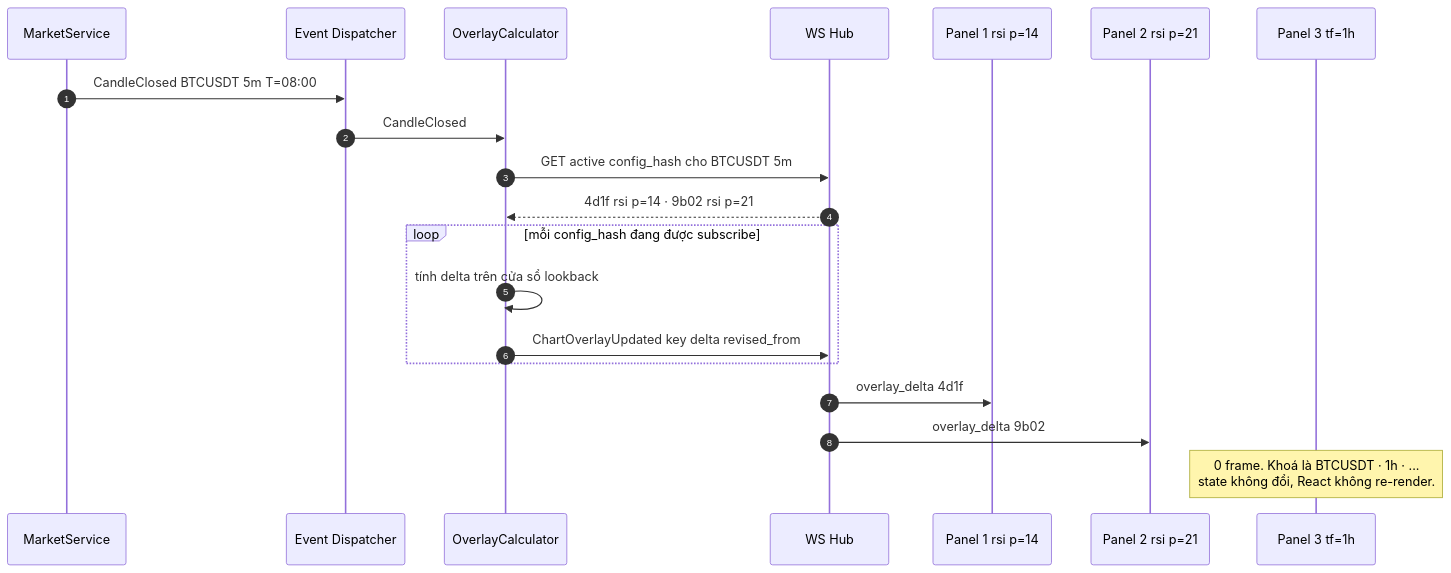
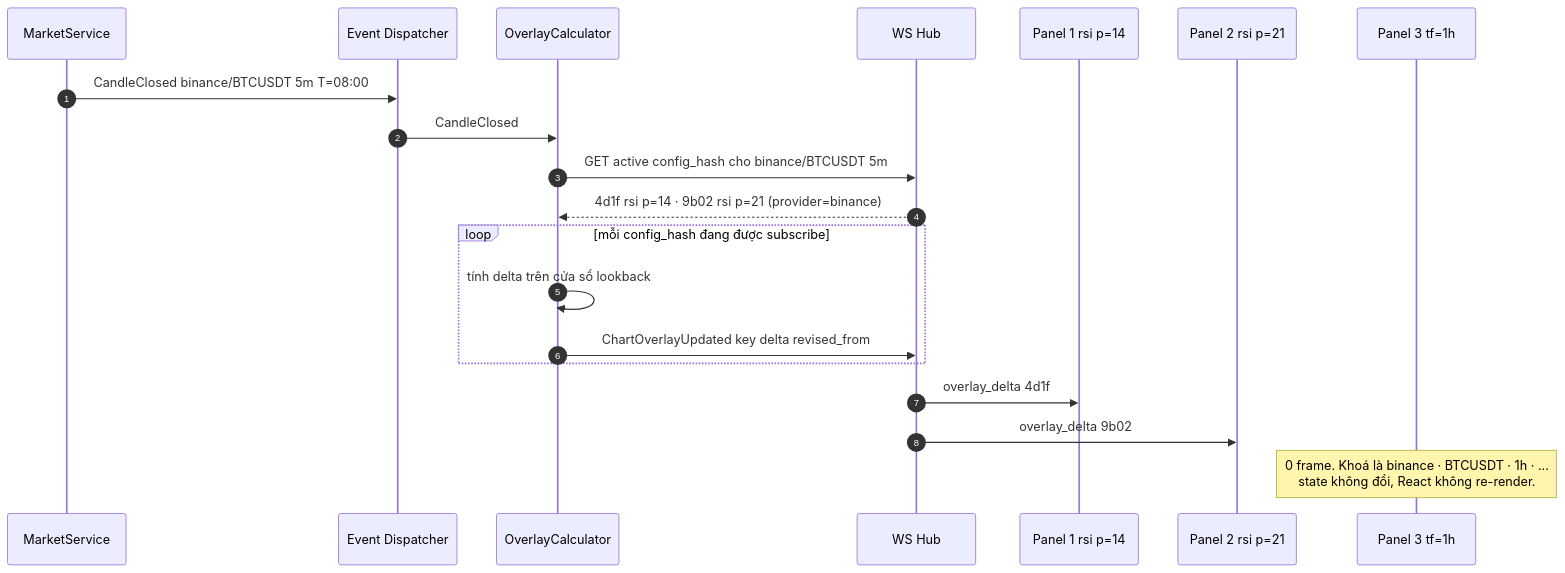
Before and after one commit to EnsoTech-Studio/CryptoBot: the second of 2 diagrams in blueprint/specs/chart-overlay.md, drawn with Mermaid. The commit also changed other lines of this file and 59 other files, not shown here.

Commit message:
update(blueprint): finalize architecture contracts

````diff
--- a/blueprint/specs/chart-overlay.md
+++ b/blueprint/specs/chart-overlay.md
@@ -218,23 +220,23 @@
 ```mermaid
 sequenceDiagram
     autonumber
     participant MS as MarketService
     participant EV as Event Dispatcher
     participant OC as OverlayCalculator
     participant HUB as WS Hub
     participant P1 as Panel 1 rsi p=14
     participant P2 as Panel 2 rsi p=21
     participant P3 as Panel 3 tf=1h
 
-    MS->>EV: CandleClosed BTCUSDT 5m T=08:00
+    MS->>EV: CandleClosed binance/BTCUSDT 5m T=08:00
     EV->>OC: CandleClosed
-    OC->>HUB: GET active config_hash cho BTCUSDT 5m
-    HUB-->>OC: 4d1f rsi p=14 · 9b02 rsi p=21
+    OC->>HUB: GET active config_hash cho binance/BTCUSDT 5m
+    HUB-->>OC: 4d1f rsi p=14 · 9b02 rsi p=21 (provider=binance)
     loop mỗi config_hash đang được subscribe
         OC->>OC: tính delta trên cửa sổ lookback
         OC->>HUB: ChartOverlayUpdated key delta revised_from
     end
     HUB->>P1: overlay_delta 4d1f
     HUB->>P2: overlay_delta 9b02
-    Note over P3: 0 frame. Khoá là BTCUSDT · 1h · ...<br/>state không đổi, React không re-render.
+    Note over P3: 0 frame. Khoá là binance · BTCUSDT · 1h · ...<br/>state không đổi, React không re-render.
 ```
````
